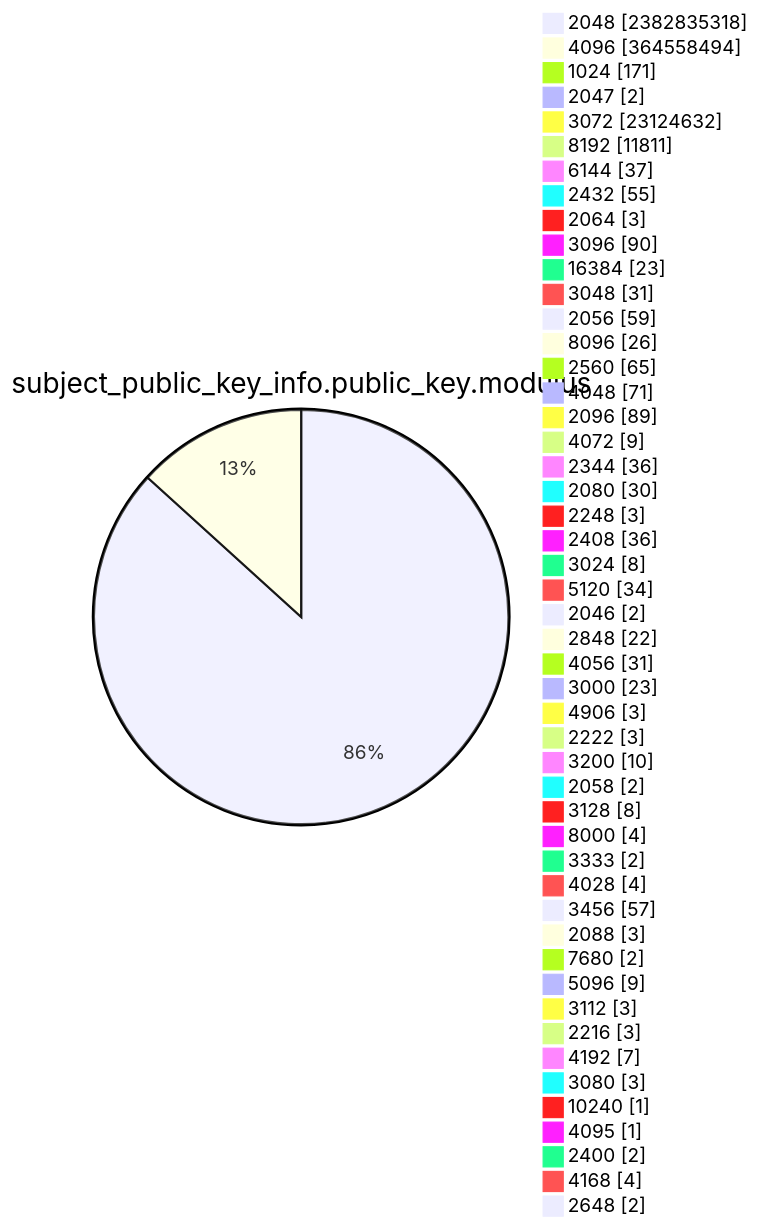
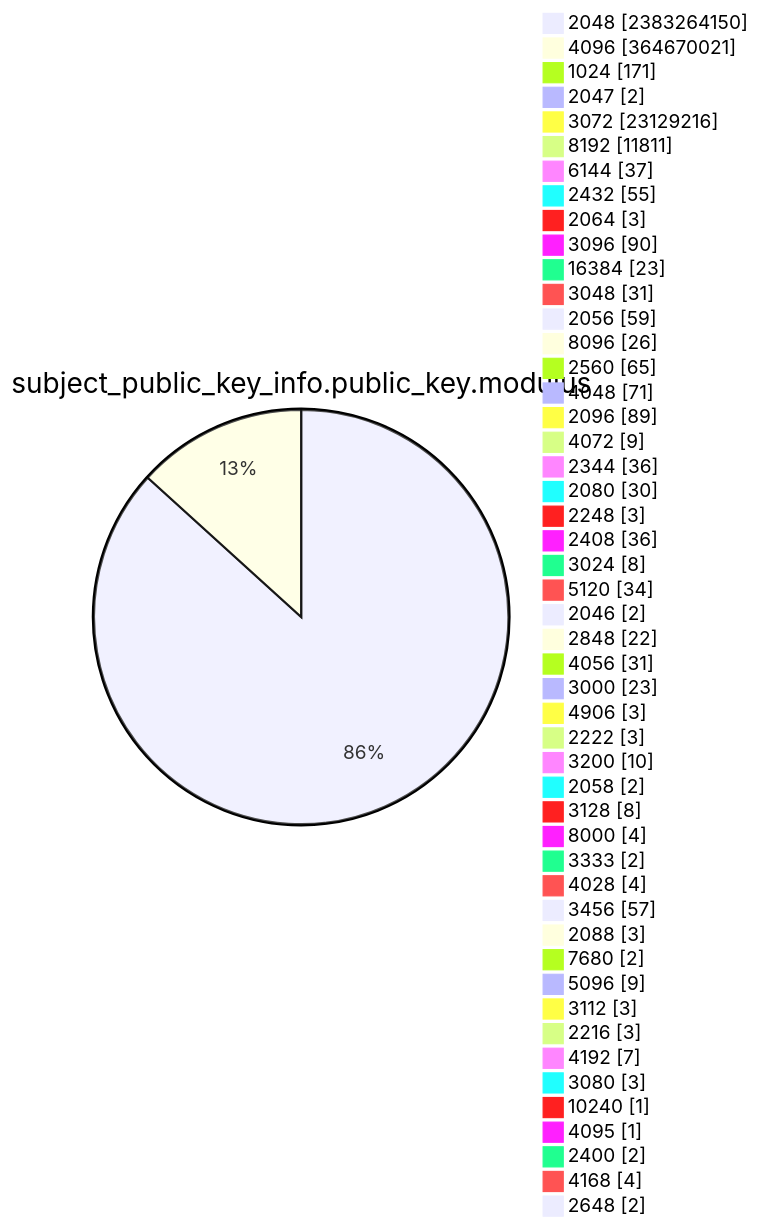
One commit to christiankrug/ctmonitor_visualization changed diagram 13 of 15 in TOTAL/README.md. Above: the diagram before and after it, drawn with Mermaid. The commit also changed other lines of this file, not shown here.

````diff
--- a/TOTAL/README.md
+++ b/TOTAL/README.md
@@ -4167,53 +4167,53 @@
 ```mermaid
 pie showData
 title subject_public_key_info.public_key.modulus
-"2048" :2382835318
-"4096" :364558494
+"2048" :2383264150
+"4096" :364670021
 "1024" :171
 "2047" :2
-"3072" :23124632
+"3072" :23129216
 "8192" :11811
 "6144" :37
 "2432" :55
 "2064" :3
 "3096" :90
 "16384" :23
 "3048" :31
 "2056" :59
 "8096" :26
 "2560" :65
 "4048" :71
 "2096" :89
 "4072" :9
 "2344" :36
 "2080" :30
 "2248" :3
 "2408" :36
 "3024" :8
 "5120" :34
 "2046" :2
 "2848" :22
 "4056" :31
 "3000" :23
 "4906" :3
 "2222" :3
 "3200" :10
 "2058" :2
 "3128" :8
 "8000" :4
 "3333" :2
 "4028" :4
 "3456" :57
 "2088" :3
 "7680" :2
 "5096" :9
 "3112" :3
 "2216" :3
 "4192" :7
 "3080" :3
 "10240" :1
 "4095" :1
 "2400" :2
 "4168" :4
 "2648" :2
 ```
````
